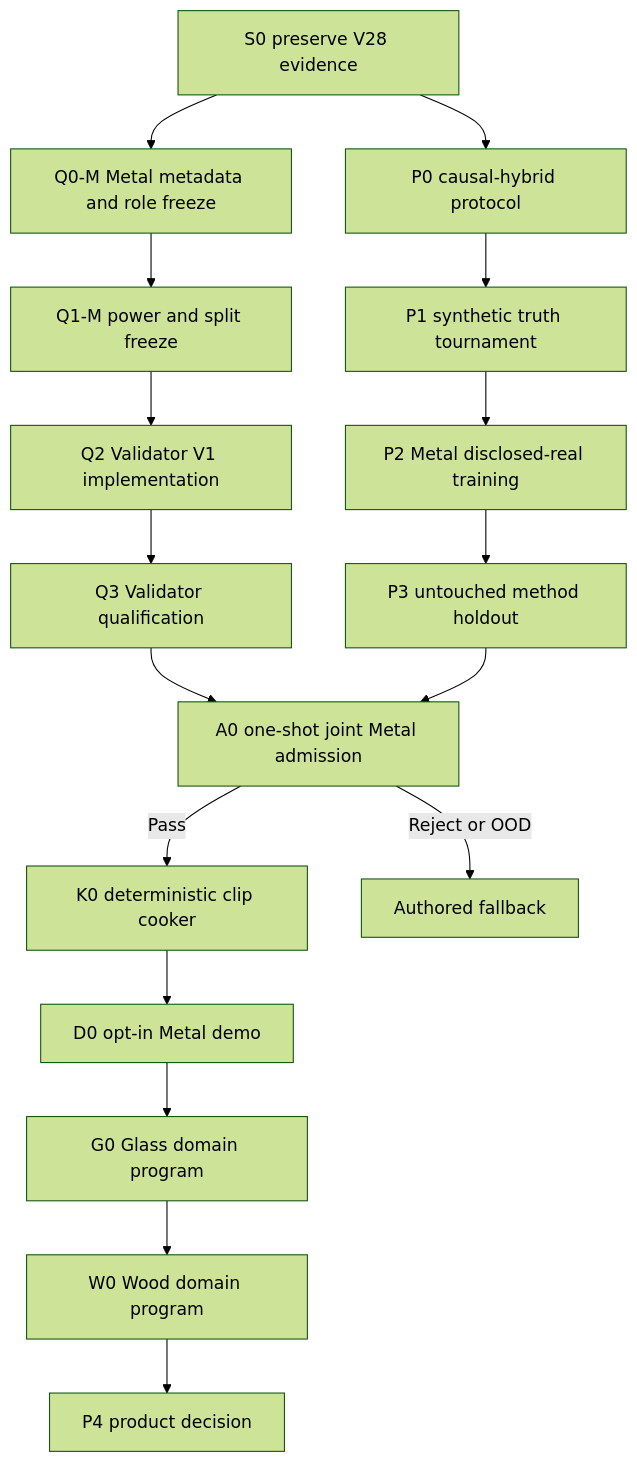
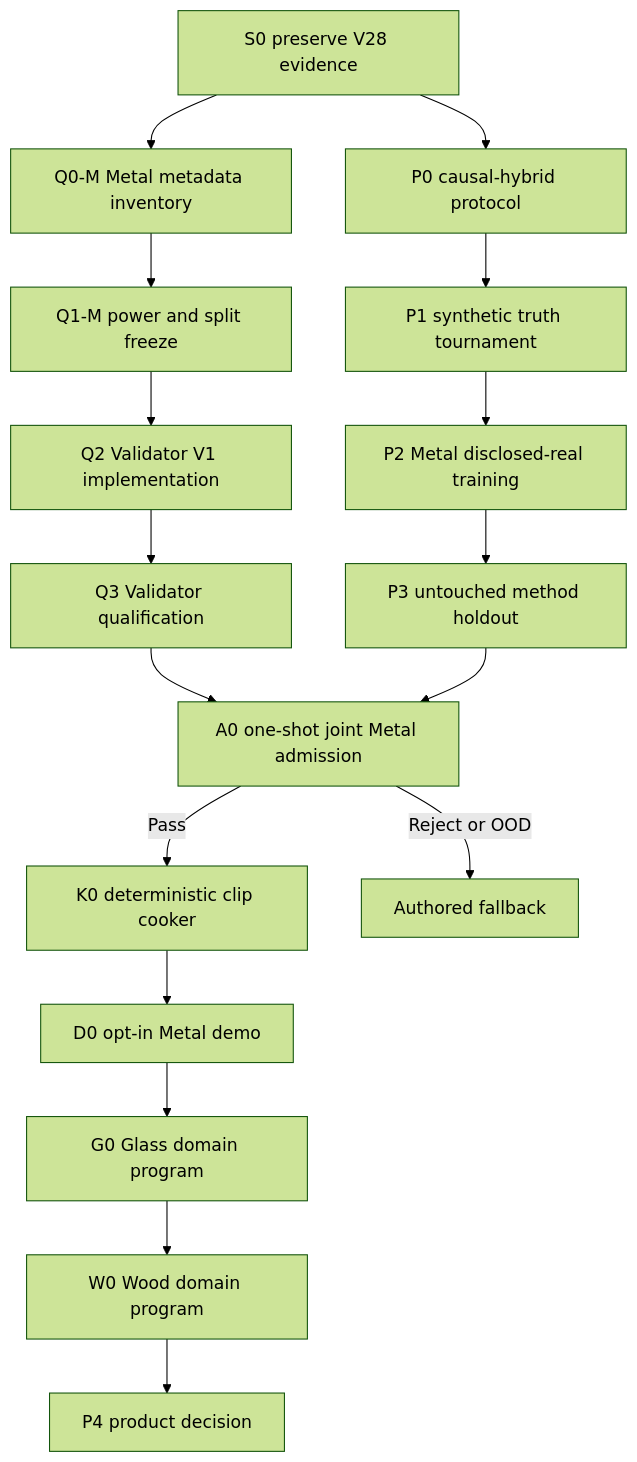
The diagram in docs/plans/physical-sound-synthesis-roadmap-v29.md (kaifaty/NextEngine), drawn with Mermaid (forest theme) before and after one commit. The commit also changed other lines of this file and 3 other files, not shown here.

````diff
--- a/docs/plans/physical-sound-synthesis-roadmap-v29.md
+++ b/docs/plans/physical-sound-synthesis-roadmap-v29.md
@@ -56,21 +56,21 @@
 ```mermaid
 flowchart TD
-    S0["S0 preserve V28 evidence"] --> Q0["Q0-M Metal metadata and role freeze"]
+    S0["S0 preserve V28 evidence"] --> Q0["Q0-M Metal metadata inventory"]
     Q0 --> Q1["Q1-M power and split freeze"]
     Q1 --> Q2["Q2 Validator V1 implementation"]
     Q2 --> Q3["Q3 Validator qualification"]
 
     S0 --> P0["P0 causal-hybrid protocol"]
     P0 --> P1["P1 synthetic truth tournament"]
     P1 --> P2["P2 Metal disclosed-real training"]
     P2 --> P3["P3 untouched method holdout"]
 
     Q3 --> A0["A0 one-shot joint Metal admission"]
     P3 --> A0
     A0 -->|"Pass"| K0["K0 deterministic clip cooker"]
     A0 -->|"Reject or OOD"| F0["Authored fallback"]
     K0 --> D0["D0 opt-in Metal demo"]
     D0 --> G0["G0 Glass domain program"]
     G0 --> W0["W0 Wood domain program"]
     W0 --> P4["P4 product decision"]
 ```
````
